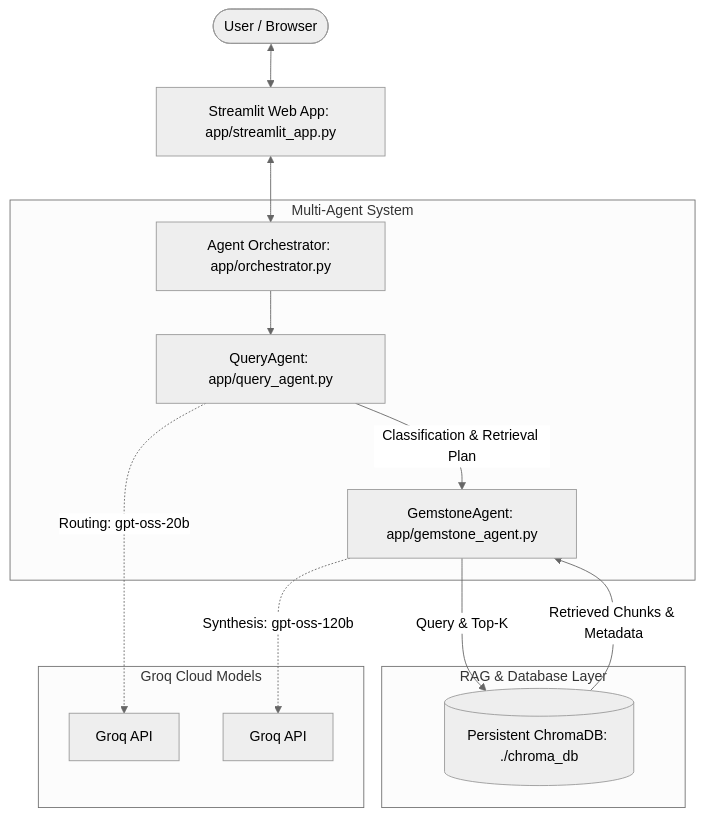
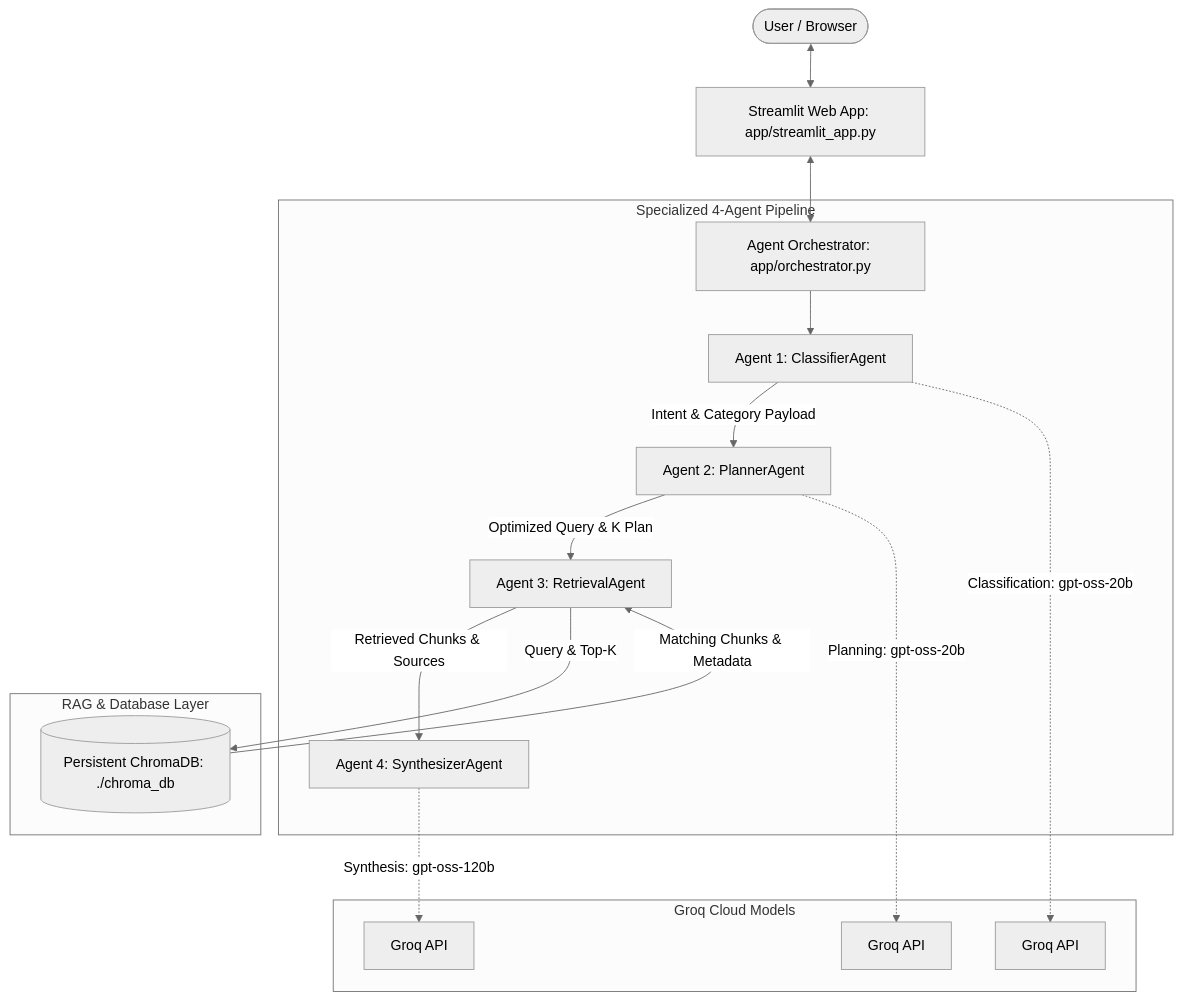
Before and after one commit to Sajini2/Gemstone-Knowledge-Assistant-: the first of 2 diagrams in README.md, drawn with Mermaid (neutral theme). The commit also changed other lines of this file and 6 other files, not shown here.

Commit message:
feat: upgrade multi-agent system to specialized 4-agent pipeline architecture

````diff
--- a/README.md
+++ b/README.md
@@ -17,20 +17,23 @@
 ```mermaid
 graph TD
     User([User / Browser]) <--> UI[Streamlit Web App: app/streamlit_app.py]
     UI <--> Orch[Agent Orchestrator: app/orchestrator.py]
     
-    subgraph Multi-Agent System
-        Orch --> QA[QueryAgent: app/query_agent.py]
-        QA -->|Classification & Retrieval Plan| GA[GemstoneAgent: app/gemstone_agent.py]
+    subgraph Specialized 4-Agent Pipeline
+        Orch --> A1[Agent 1: ClassifierAgent]
+        A1 -->|Intent & Category Payload| A2[Agent 2: PlannerAgent]
+        A2 -->|Optimized Query & K Plan| A3[Agent 3: RetrievalAgent]
+        A3 -->|Retrieved Chunks & Sources| A4[Agent 4: SynthesizerAgent]
     end
     
     subgraph RAG & Database Layer
-        GA -->|Query & Top-K| DB[(Persistent ChromaDB: ./chroma_db)]
-        DB -->|Retrieved Chunks & Metadata| GA
+        A3 -->|Query & Top-K| DB[(Persistent ChromaDB: ./chroma_db)]
+        DB -->|Matching Chunks & Metadata| A3
     end
     
     subgraph Groq Cloud Models
-        QA -.->|Routing: gpt-oss-20b| Groq1[Groq API]
-        GA -.->|Synthesis: gpt-oss-120b| Groq2[Groq API]
+        A1 -.->|Classification: gpt-oss-20b| Groq1[Groq API]
+        A2 -.->|Planning: gpt-oss-20b| Groq2[Groq API]
+        A4 -.->|Synthesis: gpt-oss-120b| Groq3[Groq API]
     end
 ```
````
